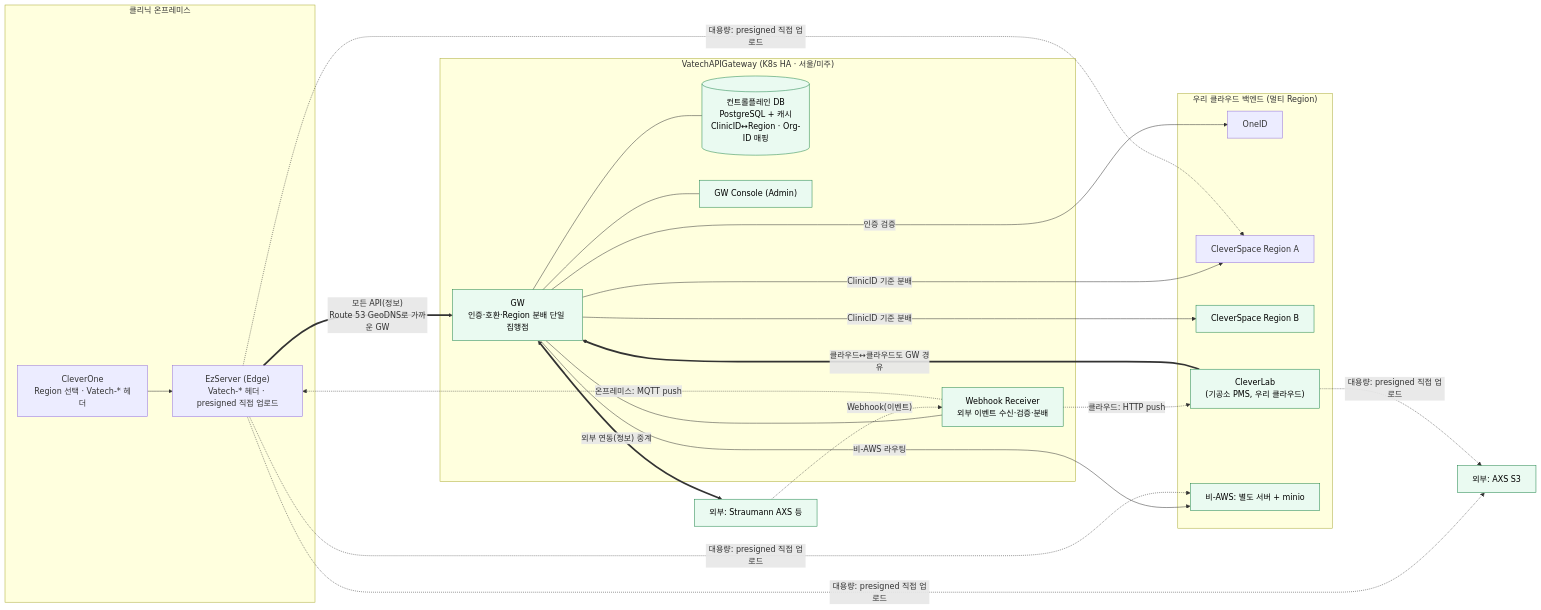
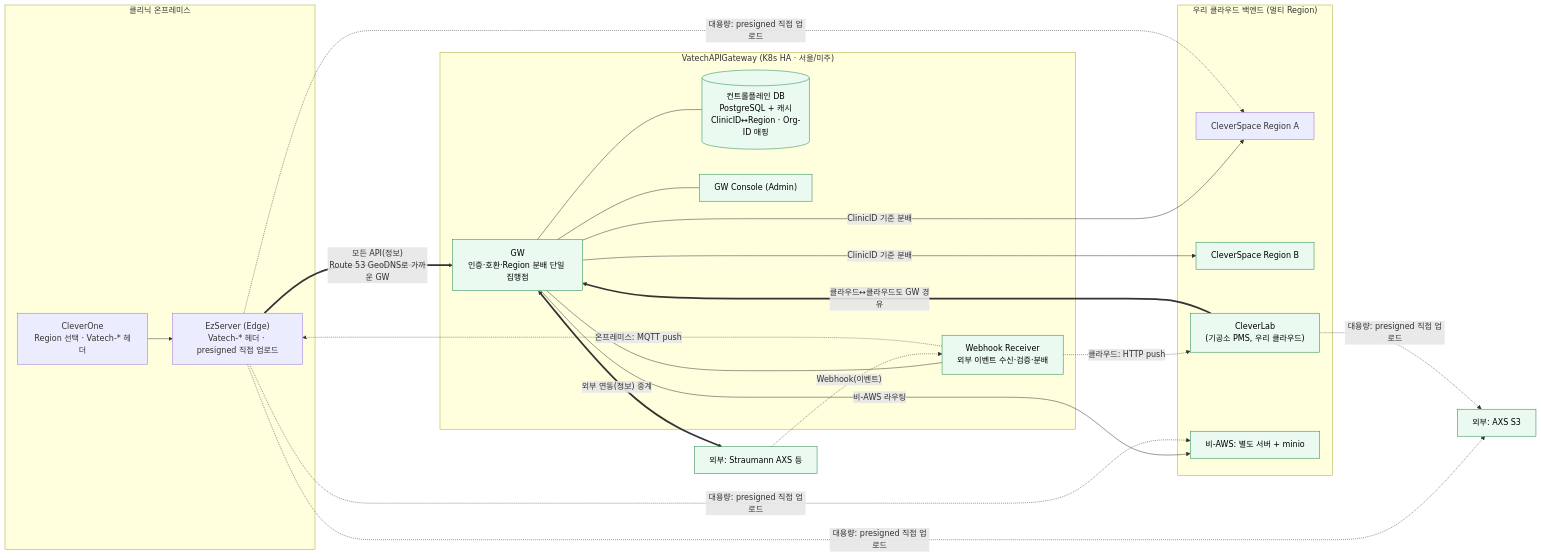
The sixth of 14 diagrams in docs/VT_API_Gateway/08.VT_API_Gateway/VT API Gateway — PRD (v2)/VT API Gateway — 개발 Roadmap 결정.md (gracegyu/scp-architecture), drawn with Mermaid before and after one commit. The commit also changed other lines of this file and 17 other files, not shown here.

````diff
--- a/docs/VT_API_Gateway/08.VT_API_Gateway/VT API Gateway — PRD (v2)/VT API Gateway — 개발 Roadmap 결정.md
+++ b/docs/VT_API_Gateway/08.VT_API_Gateway/VT API Gateway — PRD (v2)/VT API Gateway — 개발 Roadmap 결정.md
@@ -241,48 +238,46 @@
 ```mermaid
 flowchart LR
     subgraph CLINIC["클리닉 온프레미스"]
         CO["CleverOne<br/>Region 선택 · Vatech-* 헤더"]
         EDGE["EzServer (Edge)<br/>Vatech-* 헤더 · presigned 직접 업로드"]
         CO --> EDGE
     end
 
     subgraph GWLAYER["VatechAPIGateway (K8s HA · 서울/미주)"]
         GW["GW<br/>인증·호환·Region 분배 단일 집행점"]
         WH["Webhook Receiver<br/>외부 이벤트 수신·검증·분배"]
         DB[("컨트롤플레인 DB<br/>PostgreSQL + 캐시<br/>ClinicID↔Region · Org-ID 매핑")]
         CONSOLE["GW Console (Admin)"]
         GW --- WH
         GW --- DB
         GW --- CONSOLE
     end
 
     subgraph CLOUD["우리 클라우드 백엔드 (멀티 Region)"]
-        OID["OneID"]
         CS1["CleverSpace Region A"]
         CS2["CleverSpace Region B"]
         CLAB["CleverLab<br/>(기공소 PMS, 우리 클라우드)"]
         MINIO["비-AWS: 별도 서버 + minio"]
     end
     AXS["외부: Straumann AXS 등"]
     AXSS3["외부: AXS S3"]
 
     EDGE ==>|"모든 API(정보)<br/>Route 53 GeoDNS로 가까운 GW"| GW
-    GW -->|"인증 검증"| OID
     GW -->|"ClinicID 기준 분배"| CS1
     GW -->|"ClinicID 기준 분배"| CS2
     GW -->|"비-AWS 라우팅"| MINIO
     EDGE -.->|"대용량: presigned 직접 업로드"| CS1
     EDGE -.->|"대용량: presigned 직접 업로드"| MINIO
 
     GW <==>|"외부 연동(정보) 중계"| AXS
     CLAB ==>|"클라우드↔클라우드도 GW 경유"| GW
     EDGE -.->|"대용량: presigned 직접 업로드"| AXSS3
     CLAB -.->|"대용량: presigned 직접 업로드"| AXSS3
 
     AXS -.->|"Webhook(이벤트)"| WH
     WH -.->|"클라우드: HTTP push"| CLAB
     WH -.->|"온프레미스: MQTT push"| EDGE
 
     classDef new fill:#eafaf1,stroke:#1e8449,color:#000;
     class GW,WH,DB,CONSOLE,CS2,CLAB,AXS,AXSS3,MINIO new;
 ```
````
